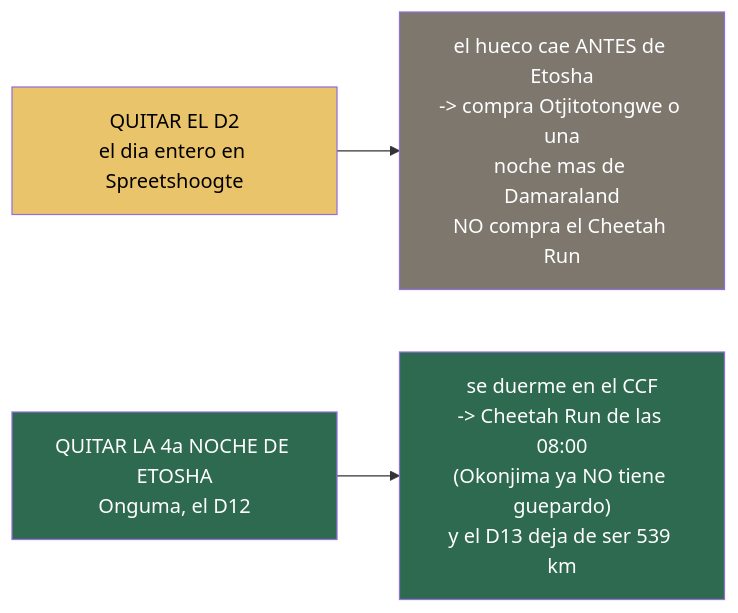
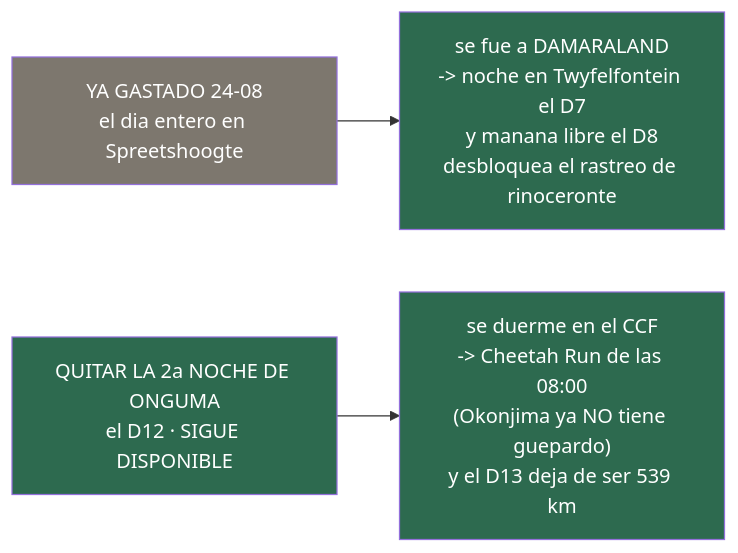
Before and after one commit to morandeirachema/namibia: the second of 2 diagrams in 23-desvios-que-valen-la-pena.md, drawn with Mermaid. The commit also changed other lines of this file and 44 other files, not shown here.

First line of the commit message:
El calendario se rehace sobre las reservas hechas: Spreetshoogte una noche, Twyfelfontein nueva y Onguma por Namutoni

````diff
--- a/23-desvios-que-valen-la-pena.md
+++ b/23-desvios-que-valen-la-pena.md
@@ -177,10 +184,10 @@
 ```mermaid
 flowchart LR
 %% ancho
-    A["QUITAR EL D2<br/>el dia entero en Spreetshoogte"] --> A2["el hueco cae ANTES de Etosha<br/>-> compra Otjitotongwe o una<br/>noche mas de Damaraland<br/>NO compra el Cheetah Run"]
-    B["QUITAR LA 4a NOCHE DE ETOSHA<br/>Onguma, el D12"] --> B2["se duerme en el CCF<br/>-> Cheetah Run de las 08:00<br/>(Okonjima ya NO tiene guepardo)<br/>y el D13 deja de ser 539 km"]
-    style A fill:#e9c46a,color:#000
+    A["YA GASTADO 24-08<br/>el dia entero en Spreetshoogte"] --> A2["se fue a DAMARALAND<br/>-> noche en Twyfelfontein el D7<br/>y manana libre el D8<br/>desbloquea el rastreo de rinoceronte"]
+    B["QUITAR LA 2a NOCHE DE ONGUMA<br/>el D12 · SIGUE DISPONIBLE"] --> B2["se duerme en el CCF<br/>-> Cheetah Run de las 08:00<br/>(Okonjima ya NO tiene guepardo)<br/>y el D13 deja de ser 539 km"]
+    style A fill:#7D776E,color:#fff
     style B fill:#2d6a4f,color:#fff
-    style A2 fill:#7D776E,color:#fff
+    style A2 fill:#2d6a4f,color:#fff
     style B2 fill:#2d6a4f,color:#fff
 ```
````
